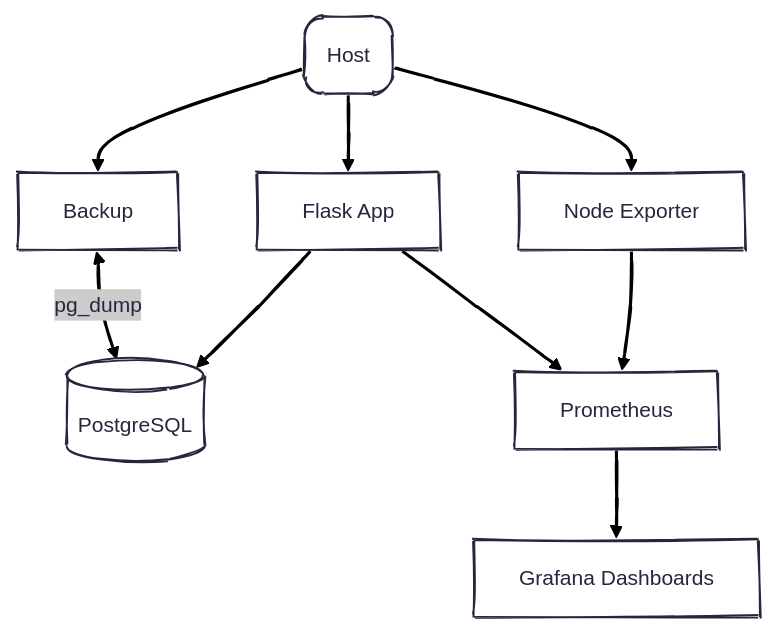
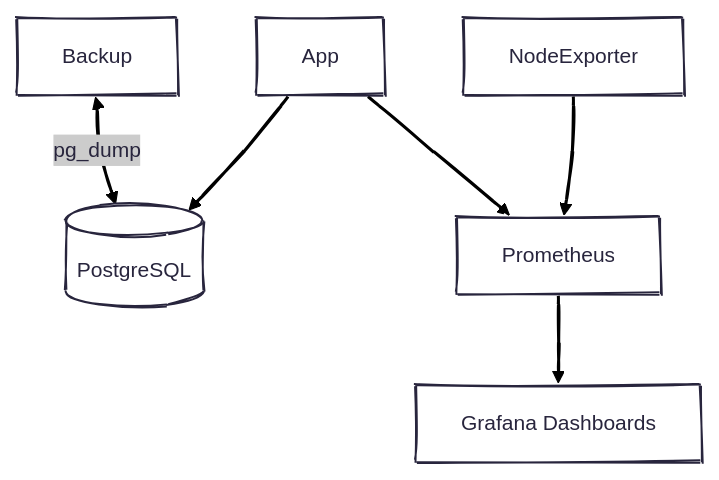
One commit to NailAmber/Compose_lab changed the diagram in README.md. Above: the diagram before and after it, drawn with Mermaid.

````diff
--- a/README.md
+++ b/README.md
@@ -19,16 +19,14 @@
 ```mermaid
 ---
 config:
   layout: dagre
   look: handDrawn
   theme: redux
 ---
 flowchart TD
-    host["Host"] --> Backup["Backup"] & NodeExporter["Node Exporter"] & App["Flask App"]
-    host@{ shape: rounded}
     Backup <-- pg_dump --> DB[("PostgreSQL")]
     App --> DB & Prometheus["Prometheus"]
     NodeExporter --> Prometheus
     Prometheus --> Grafana["Grafana Dashboards"]
 
 ```
````
